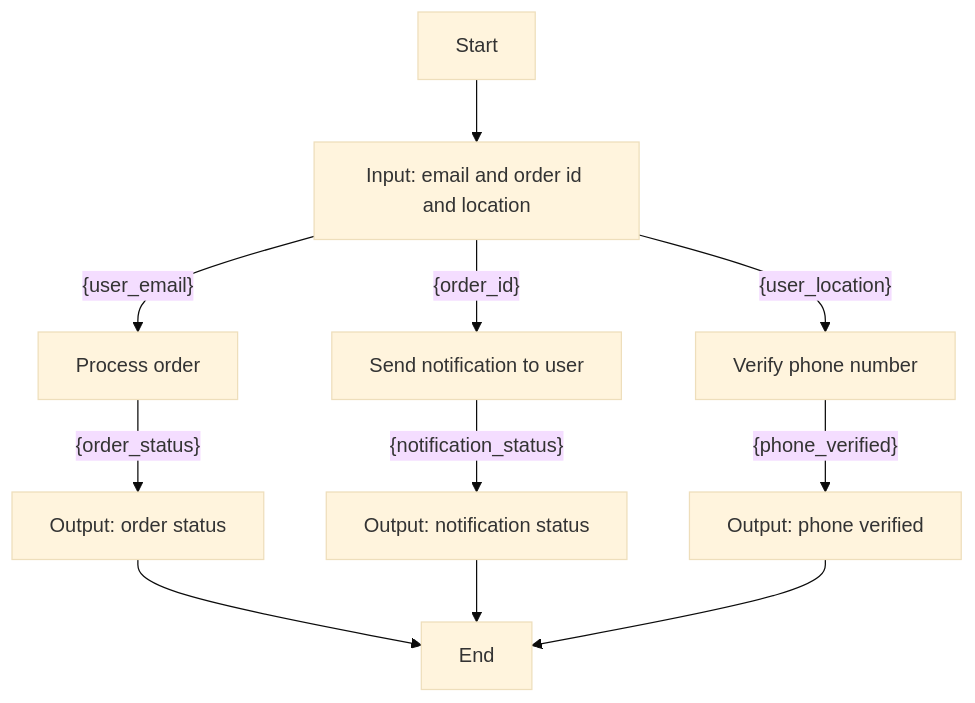
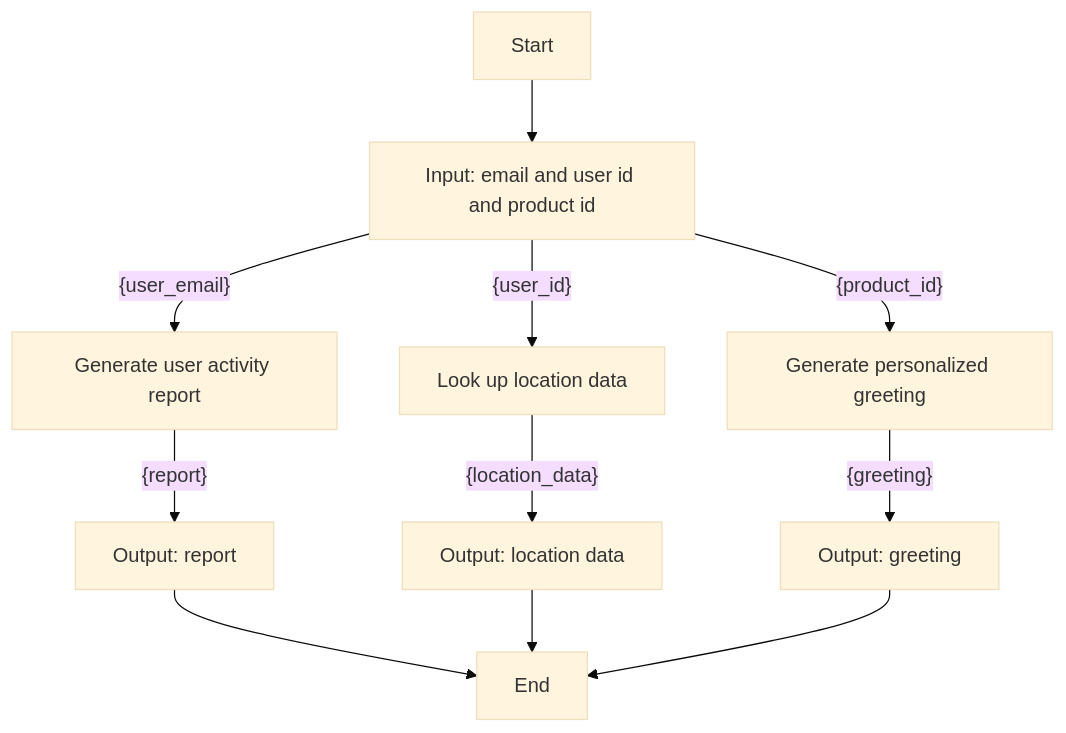
Before and after one commit to YJ-928/Temporal-Python-SDK: the diagram in poc-dsl-compiler/input/workflows/workflow_3.md, drawn with Mermaid (base theme). The commit also changed 48 other files, not shown here.

````diff
--- a/poc-dsl-compiler/input/workflows/workflow_3.md
+++ b/poc-dsl-compiler/input/workflows/workflow_3.md
@@ -1,13 +1,13 @@
 ```mermaid
 graph TD
-    A[Start] --> B[Input: email and order id and location]
-    B[Input: email and order id and location] -- {user_email} --> C[Process order]
-    C[Process order] -- {order_status} --> D[Output: order status]
-    D[Output: order status] --> I[End]
-    B[Input: email and order id and location] -- {order_id} --> E[Send notification to user]
-    E[Send notification to user] -- {notification_status} --> F[Output: notification status]
-    F[Output: notification status] --> I[End]
-    B[Input: email and order id and location] -- {user_location} --> G[Verify phone number]
-    G[Verify phone number] -- {phone_verified} --> H[Output: phone verified]
-    H[Output: phone verified] --> I[End]
+    A[Start] --> B[Input: email and user id and product id]
+    B[Input: email and user id and product id] -- {user_email} --> C[Generate user activity report]
+    C[Generate user activity report] -- {report} --> D[Output: report]
+    D[Output: report] --> I[End]
+    B[Input: email and user id and product id] -- {user_id} --> E[Look up location data]
+    E[Look up location data] -- {location_data} --> F[Output: location data]
+    F[Output: location data] --> I[End]
+    B[Input: email and user id and product id] -- {product_id} --> G[Generate personalized greeting]
+    G[Generate personalized greeting] -- {greeting} --> H[Output: greeting]
+    H[Output: greeting] --> I[End]
 ```
````
